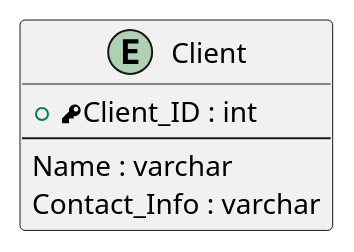
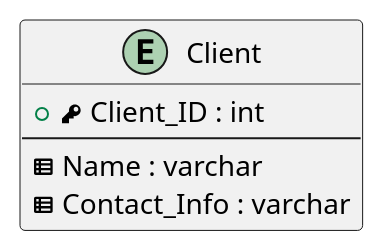
Before and after one commit to DmitryVasilkovW/ITMO-Database-design-labs-4-sem: the diagram in Labs/Lab1/Tables/Entities/Client.puml, drawn with PlantUML. The commit also changed 5 other files, not shown here.

```diff
--- a/Labs/Lab1/Tables/Entities/Client.puml
+++ b/Labs/Lab1/Tables/Entities/Client.puml
@@ -1,9 +1,9 @@
 @startuml
 entity "Client" as client
 {
-  +<&key>Client_ID : int
+  +<&key> Client_ID : int
   --
-  Name : varchar
-  Contact_Info : varchar
+  <&spreadsheet> Name : varchar
+  <&spreadsheet> Contact_Info : varchar
 }
 @enduml
```
